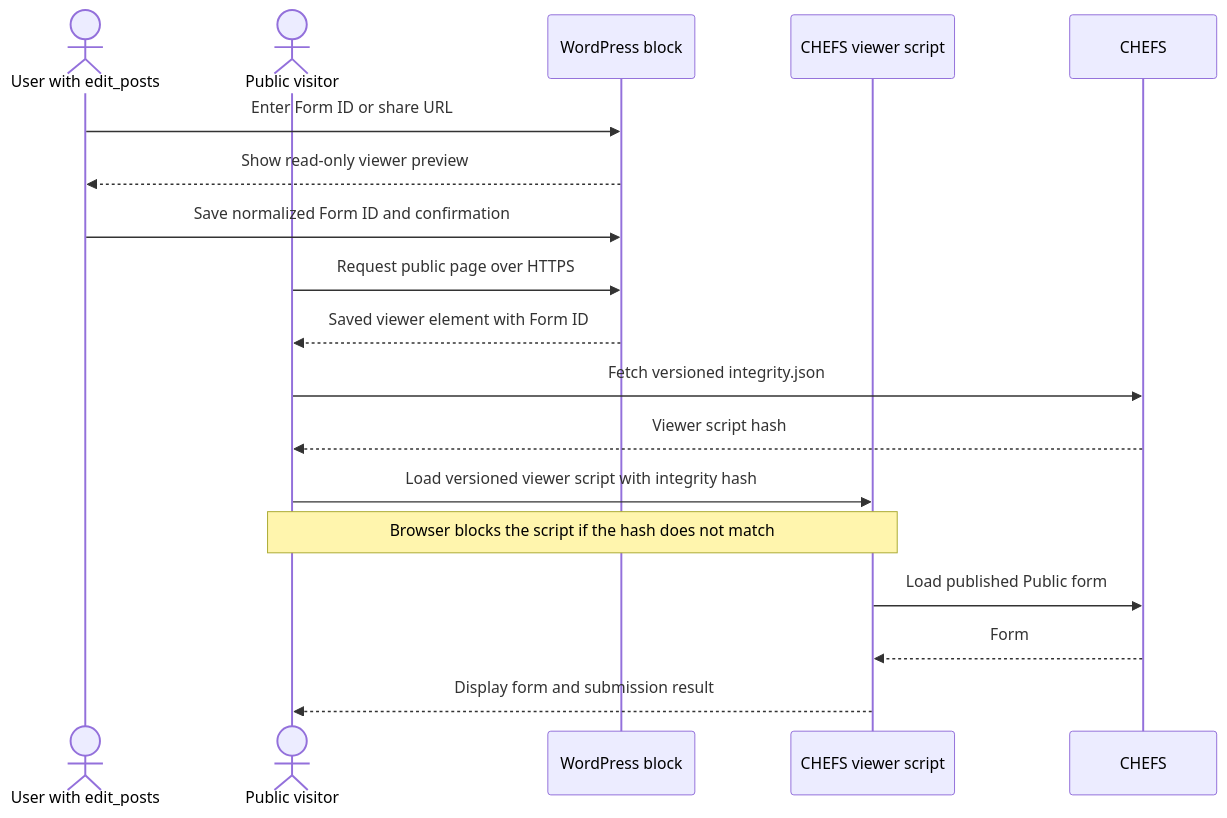
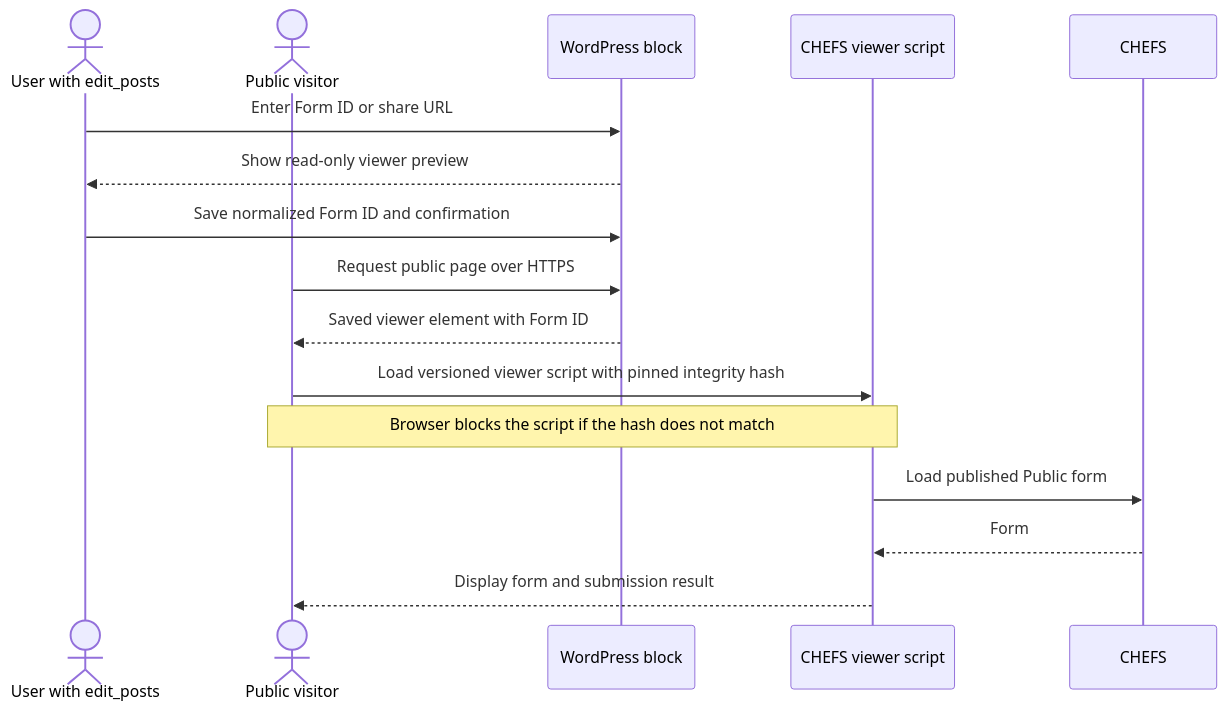
One commit to bcgov/bcew-monorepo changed the diagram in plugins/bcew-chefs-embed/docs/developer/block-architecture.md. Above: the diagram before and after it, drawn with Mermaid. The commit also changed other lines of this file and 4 other files, not shown here.

Commit message:
fix(DSWP-1162): pin CHEFS viewer integrity hash in plugin

````diff
--- a/plugins/bcew-chefs-embed/docs/developer/block-architecture.md
+++ b/plugins/bcew-chefs-embed/docs/developer/block-architecture.md
@@ -29,22 +29,20 @@
 ```mermaid
 sequenceDiagram
     actor Editor as User with edit_posts
     actor Visitor as Public visitor
     participant WP as WordPress block
     participant Viewer as CHEFS viewer script
     participant CHEFS as CHEFS
 
     Editor->>WP: Enter Form ID or share URL
     WP-->>Editor: Show read-only viewer preview
     Editor->>WP: Save normalized Form ID and confirmation
 
     Visitor->>WP: Request public page over HTTPS
     WP-->>Visitor: Saved viewer element with Form ID
-    Visitor->>CHEFS: Fetch versioned integrity.json
-    CHEFS-->>Visitor: Viewer script hash
-    Visitor->>Viewer: Load versioned viewer script with integrity hash
+    Visitor->>Viewer: Load versioned viewer script with pinned integrity hash
     Note over Visitor,Viewer: Browser blocks the script if the hash does not match
     Viewer->>CHEFS: Load published Public form
     CHEFS-->>Viewer: Form
     Viewer-->>Visitor: Display form and submission result
 ```
````
